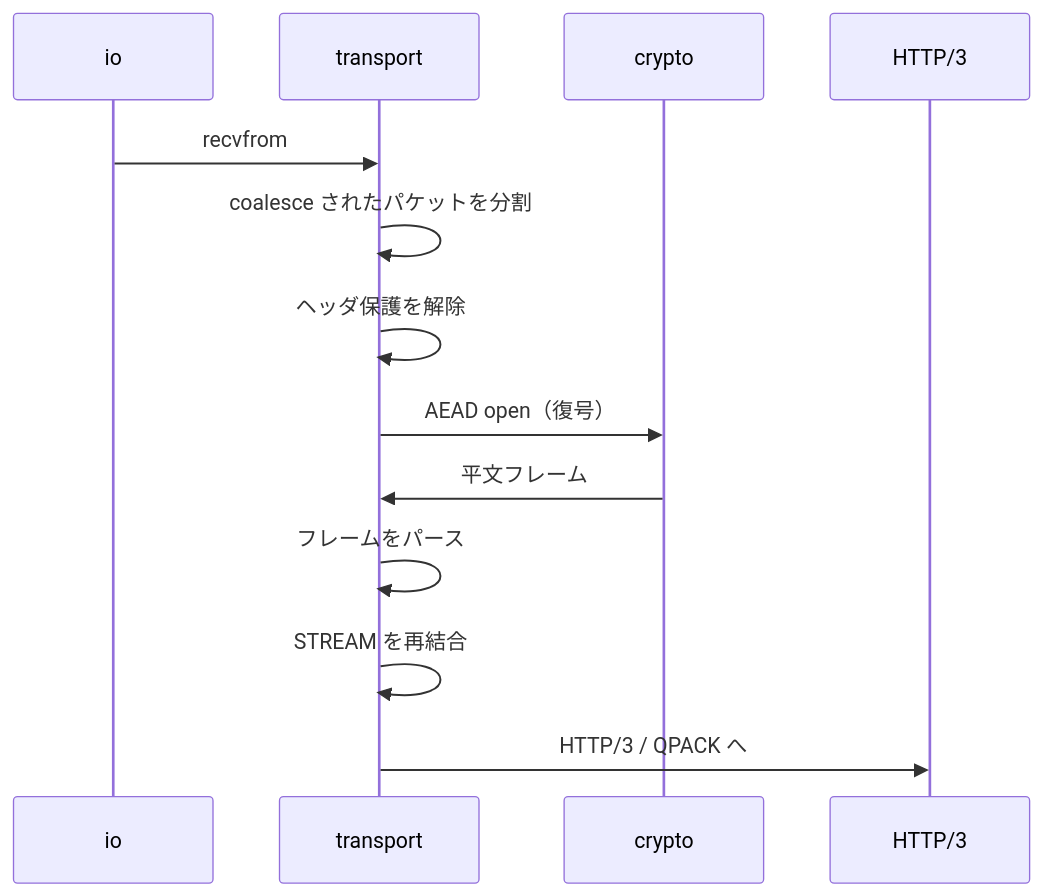
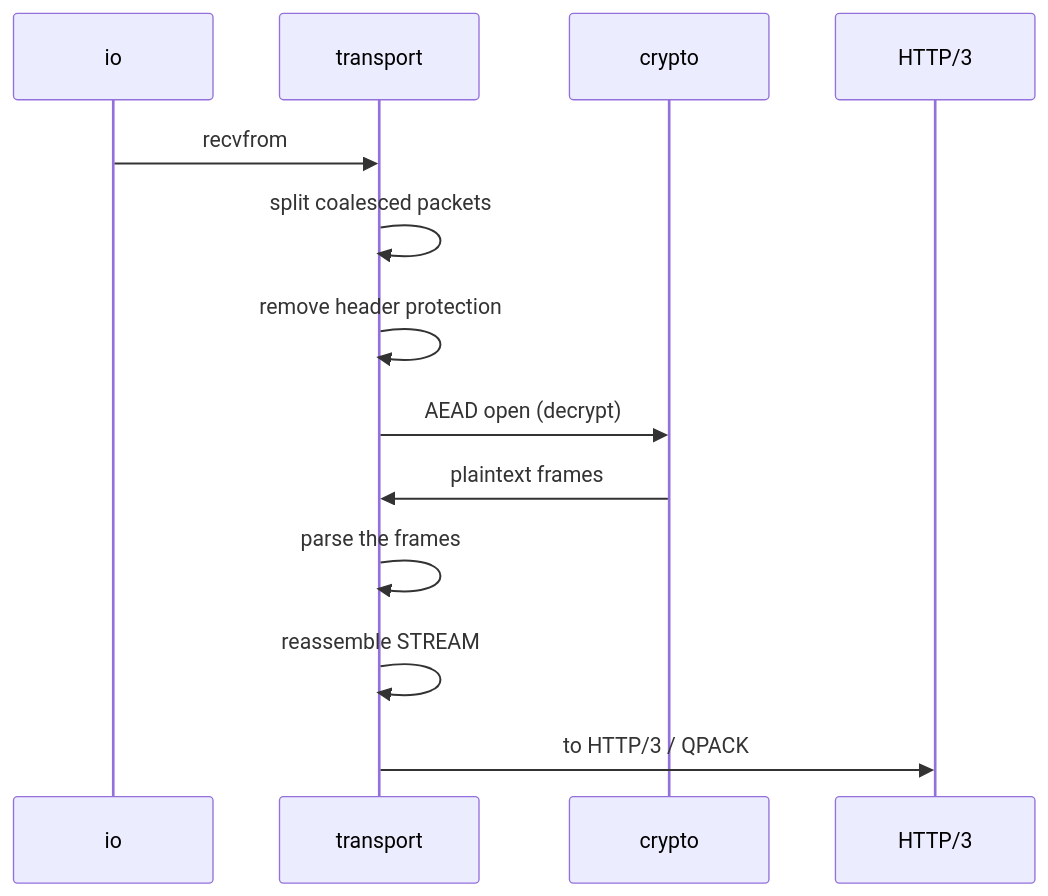
The fourth of 5 diagrams in docs/arch/overview.md (Hakkadaikon/quic_vibe), drawn with Mermaid before and after one commit. The commit also changed other lines of this file and 3 other files, not shown here.

Commit message:
docs: translate the README and architecture docs to English

````diff
--- a/docs/arch/overview.md
+++ b/docs/arch/overview.md
@@ -125,15 +125,15 @@
 ```mermaid
 sequenceDiagram
     participant IO as io
     participant TR as transport
     participant CR as crypto
     participant App as HTTP/3
     IO->>TR: recvfrom
-    TR->>TR: coalesce されたパケットを分割
-    TR->>TR: ヘッダ保護を解除
-    TR->>CR: AEAD open（復号）
-    CR->>TR: 平文フレーム
-    TR->>TR: フレームをパース
-    TR->>TR: STREAM を再結合
-    TR->>App: HTTP/3 / QPACK へ
+    TR->>TR: split coalesced packets
+    TR->>TR: remove header protection
+    TR->>CR: AEAD open (decrypt)
+    CR->>TR: plaintext frames
+    TR->>TR: parse the frames
+    TR->>TR: reassemble STREAM
+    TR->>App: to HTTP/3 / QPACK
 ```
````
